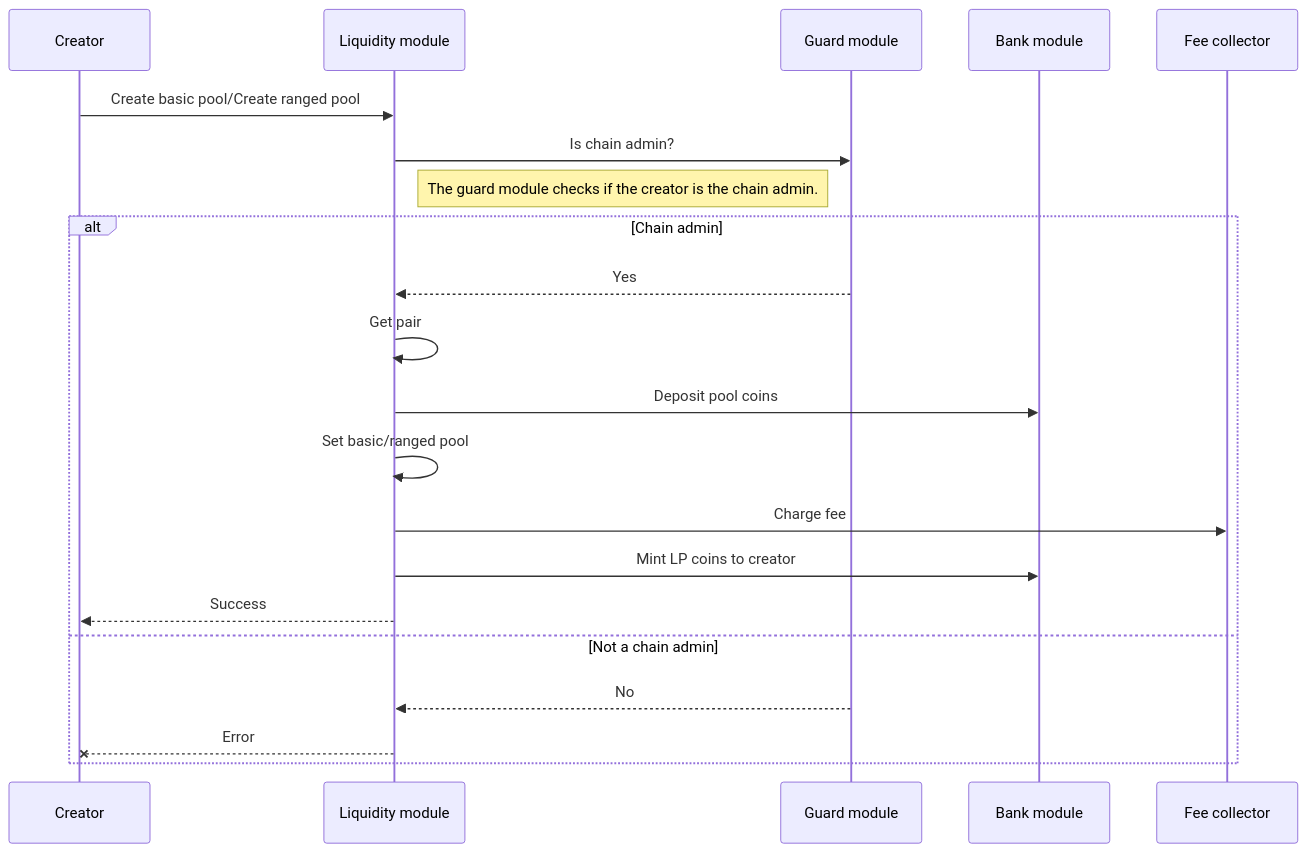
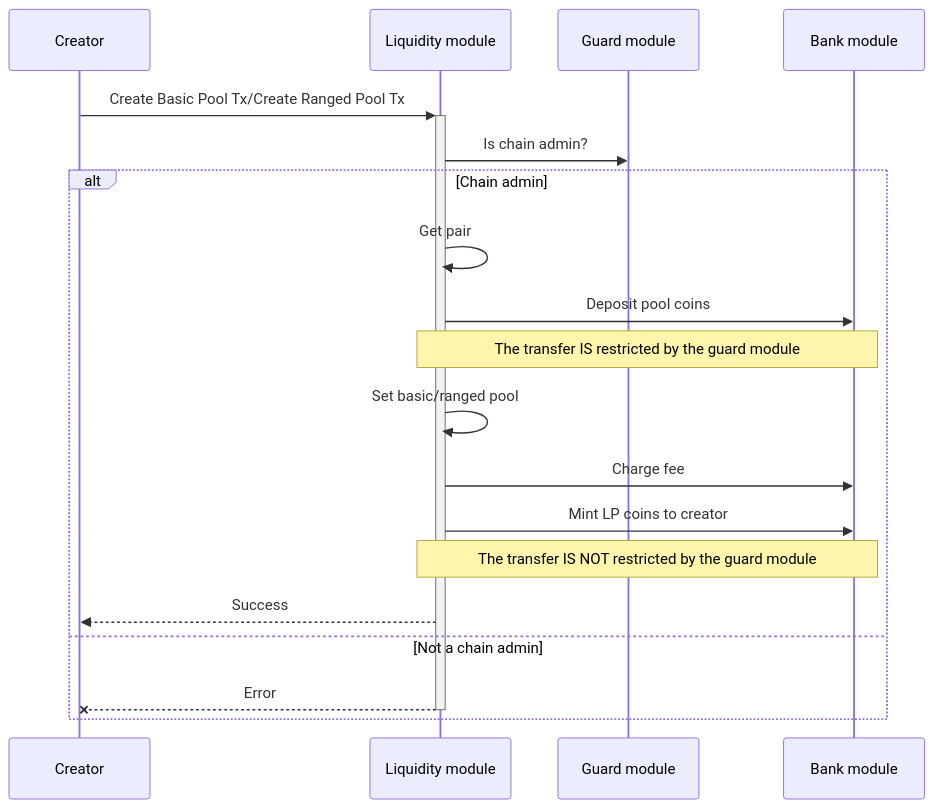
One commit to MANTRA-Chain/mantrachain changed the second of 10 diagrams in x/liquidity/spec/09_txs_flows.md. Above: the diagram before and after it, drawn with Mermaid. The commit also changed other lines of this file and 12 other files, not shown here.

Commit message:
docs: add update txs flows docs

````diff
--- a/x/liquidity/spec/09_txs_flows.md
+++ b/x/liquidity/spec/09_txs_flows.md
@@ -25,18 +22,17 @@
 ```mermaid
 sequenceDiagram
-Creator ->> Liquidity module: Create basic pool/Create ranged pool
+Creator->>+Liquidity module: Create Basic Pool Tx/Create Ranged Pool Tx
 Liquidity module->>Guard module: Is chain admin?
-Note left of Guard module: The guard module checks if the creator is the chain admin.
 alt Chain admin
-  Guard module-->>Liquidity module: Yes
   Liquidity module->>Liquidity module: Get pair
   Liquidity module->>Bank module: Deposit pool coins
+  Note over Liquidity module, Bank module: The transfer IS restricted by the guard module
   Liquidity module->>Liquidity module: Set basic/ranged pool
-  Liquidity module->>Fee collector: Charge fee
+  Liquidity module->>Bank module: Charge fee
   Liquidity module->> Bank module: Mint LP coins to creator
-  Liquidity module-->> Creator: Success
+  Note over Liquidity module, Bank module: The transfer IS NOT restricted by the guard module
+  Liquidity module-->>Creator: Success
 else Not a chain admin
-  Guard module-->>Liquidity module: No
-  Liquidity module--x Creator: Error
+  Liquidity module--x-Creator: Error
 end
 ```
````
